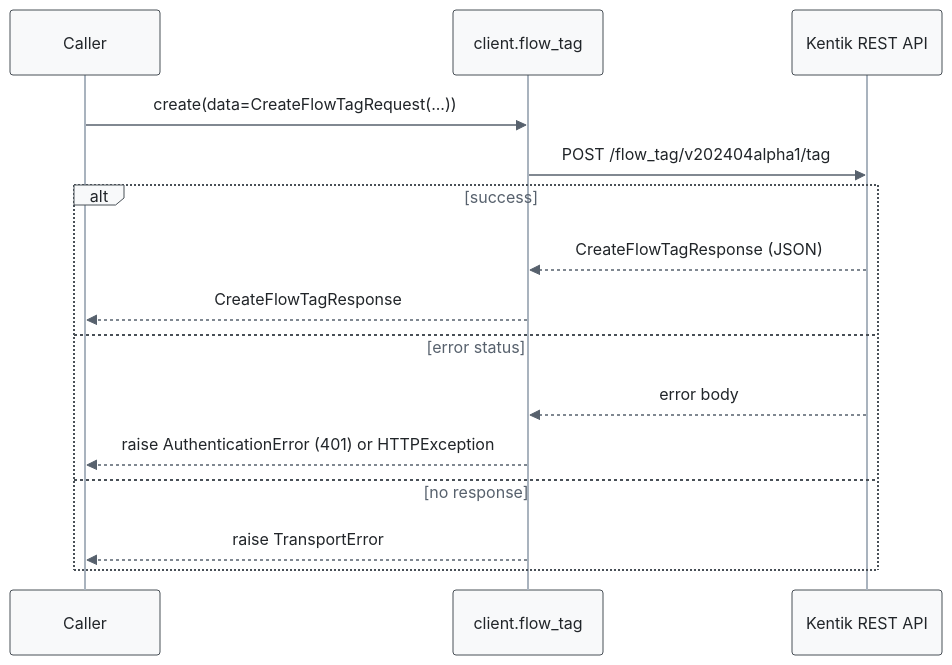
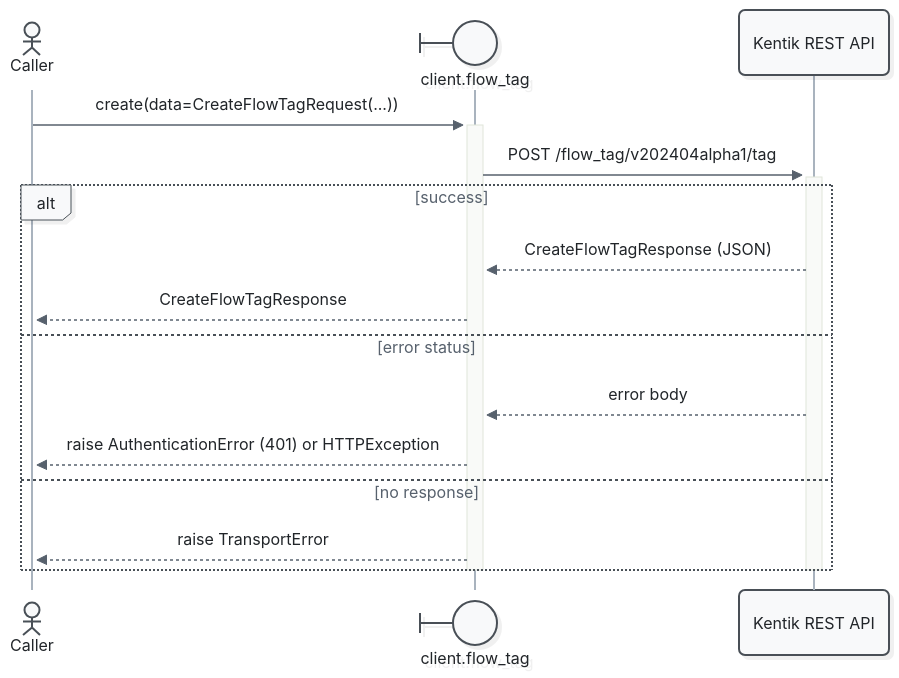
The third of 11 diagrams in docs/sphinx/services/flow_tag.md (alexdearaujo/community_sdk_python), drawn with Mermaid before and after one commit. The commit also changed other lines of this file and 52 other files, not shown here.

First line of the commit message:
docs: Mermaid 12 sequence diagrams with participant types and path colors

````diff
--- a/docs/sphinx/services/flow_tag.md
+++ b/docs/sphinx/services/flow_tag.md
@@ -113,19 +118,21 @@
 ```mermaid
-%%{init: {"theme": "base", "fontFamily": "ui-monospace, SFMono-Regular, Menlo, monospace", "themeVariables": {"fontFamily": "ui-monospace, SFMono-Regular, Menlo, monospace", "primaryColor": "#f8f9fa", "primaryBorderColor": "#495057", "primaryTextColor": "#212529", "textColor": "#212529", "lineColor": "#77818c", "edgeLabelBackground": "#ffffff", "actorBkg": "#f8f9fa", "actorBorder": "#495057", "actorTextColor": "#212529", "actorLineColor": "#a9b3be", "signalColor": "#57616d", "signalTextColor": "#212529", "labelBoxBkgColor": "#f8f9fa", "labelBoxBorderColor": "#495057", "labelTextColor": "#212529", "loopTextColor": "#57616d", "noteBkgColor": "#fff9db", "noteBorderColor": "#f08c00", "noteTextColor": "#a35a00"}, "flowchart": {"curve": "step", "nodeSpacing": 30, "rankSpacing": 70, "wrappingWidth": 400}}}%%
+%%{init: {"theme": "redux", "look": "neo", "layout": "dagre", "fontFamily": "ui-monospace, SFMono-Regular, Menlo, monospace", "themeVariables": {"fontFamily": "ui-monospace, SFMono-Regular, Menlo, monospace", "primaryColor": "#f8f9fa", "primaryBorderColor": "#495057", "primaryTextColor": "#212529", "textColor": "#212529", "lineColor": "#77818c", "edgeLabelBackground": "#ffffff", "actorBkg": "#f8f9fa", "actorBorder": "#495057", "actorTextColor": "#212529", "actorLineColor": "#a9b3be", "signalColor": "#57616d", "signalTextColor": "#212529", "labelBoxBkgColor": "#f8f9fa", "labelBoxBorderColor": "#495057", "labelTextColor": "#212529", "loopTextColor": "#57616d", "noteBkgColor": "#fff9db", "noteBorderColor": "#f08c00", "noteTextColor": "#a35a00"}, "sequence": {"activationWidth": 16}, "flowchart": {"curve": "step", "nodeSpacing": 30, "rankSpacing": 70, "wrappingWidth": 400}}}%%
 sequenceDiagram
-    participant C as Caller
-    participant W as client.flow_tag
+    actor C as Caller
+    participant W@{ "type": "boundary" } as client.flow_tag
     participant API as Kentik REST API
 
-    C->>W: create(data=CreateFlowTagRequest(...))
-    W->>API: POST /flow_tag/v202404alpha1/tag
+    C->>+W: create(data=CreateFlowTagRequest(...))
+    W->>+API: POST /flow_tag/v202404alpha1/tag
     alt success
         API-->>W: CreateFlowTagResponse (JSON)
         W-->>C: CreateFlowTagResponse
     else error status
         API-->>W: error body
         W-->>C: raise AuthenticationError (401) or HTTPException
     else no response
         W-->>C: raise TransportError
     end
+    deactivate API
+    deactivate W
 ```
````
